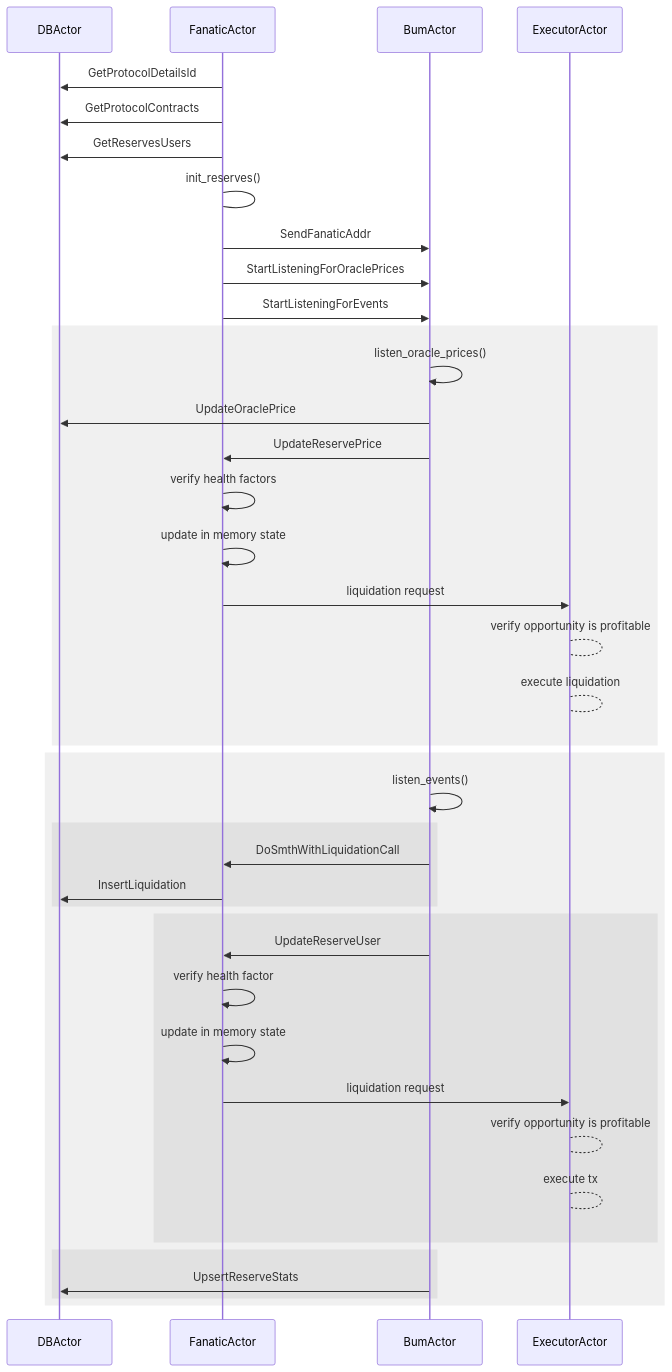
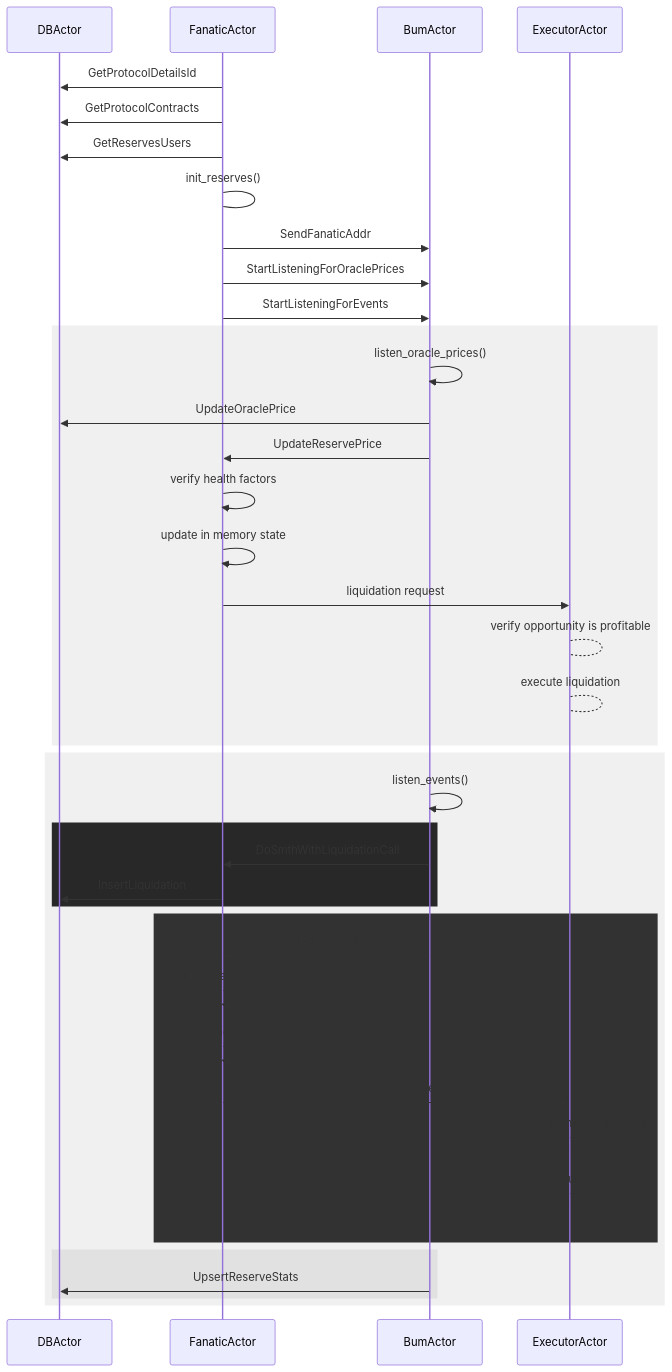
Before and after one commit to b1u3h4t/aave-liquidation: the first of 2 diagrams in README.md, drawn with Mermaid. The commit also changed other lines of this file, not shown here.

Commit message:
fix: README typos

````diff
--- a/README.md
+++ b/README.md
@@ -51,50 +51,50 @@
 ```mermaid
 sequenceDiagram
 
 participant DB as DBActor
 participant Fanatic as FanaticActor
 participant Bum as BumActor
 participant Executor as ExecutorActor
 
 Fanatic ->> DB: GetProtocolDetailsId
 Fanatic ->> DB: GetProtocolContracts
 Fanatic ->> DB: GetReservesUsers
 
 Fanatic -> Fanatic: init_reserves()
 
 Fanatic ->> Bum: SendFanaticAddr
 Fanatic ->> Bum: StartListeningForOraclePrices
 Fanatic ->> Bum: StartListeningForEvents
 
 rect rgb(240, 240, 240)
     Bum ->> Bum: listen_oracle_prices()
     Bum ->> DB: UpdateOraclePrice
     Bum ->> Fanatic: UpdateReservePrice
     Fanatic ->> Fanatic: verify health factors
     Fanatic ->> Fanatic: update in memory state
     Fanatic ->> Executor: liquidation request
     Executor --> Executor: verify opportunity is profitable
     Executor --> Executor: execute liquidation
 end
 
 rect rgb(240, 240, 240)
     Bum ->> Bum: listen_events()
-    rect rgb(225, 225, 225)
+    rect rgb(40, 40, 40)
         Bum ->> Fanatic: DoSmthWithLiquidationCall
         Fanatic ->> DB: InsertLiquidation
     end
 
-    rect rgb(225, 225, 225)
+    rect rgb(50, 50, 50)
         Bum ->> Fanatic: UpdateReserveUser
         Fanatic ->> Fanatic: verify health factor
         Fanatic ->> Fanatic: update in memory state
         Fanatic ->> Executor: liquidation request
         Executor --> Executor: verify opportunity is profitable
         Executor --> Executor: execute tx
     end
 
     rect rgb(225, 225, 225)
         Bum ->> DB: UpsertReserveStats
     end
 end
 ```
````
